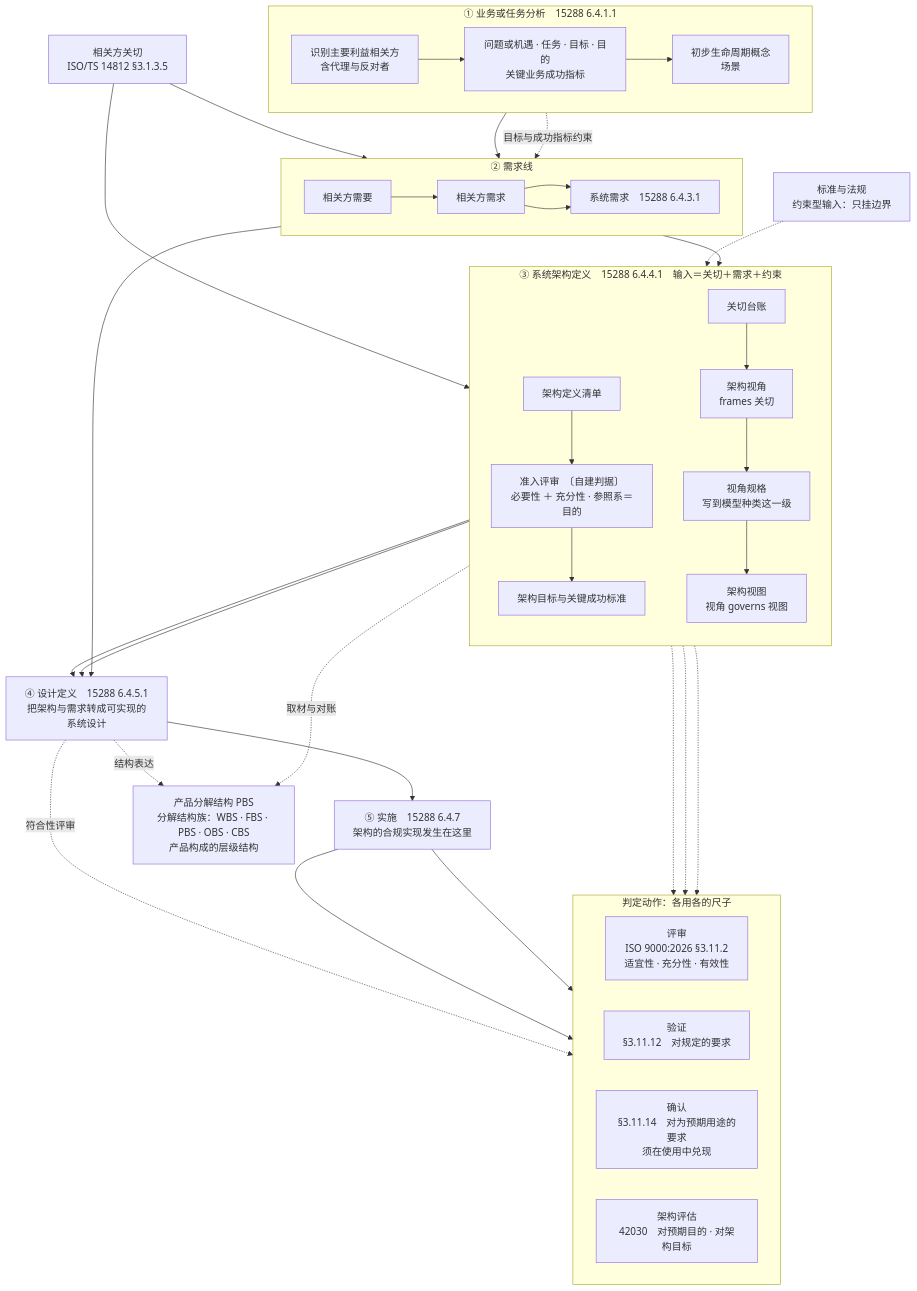
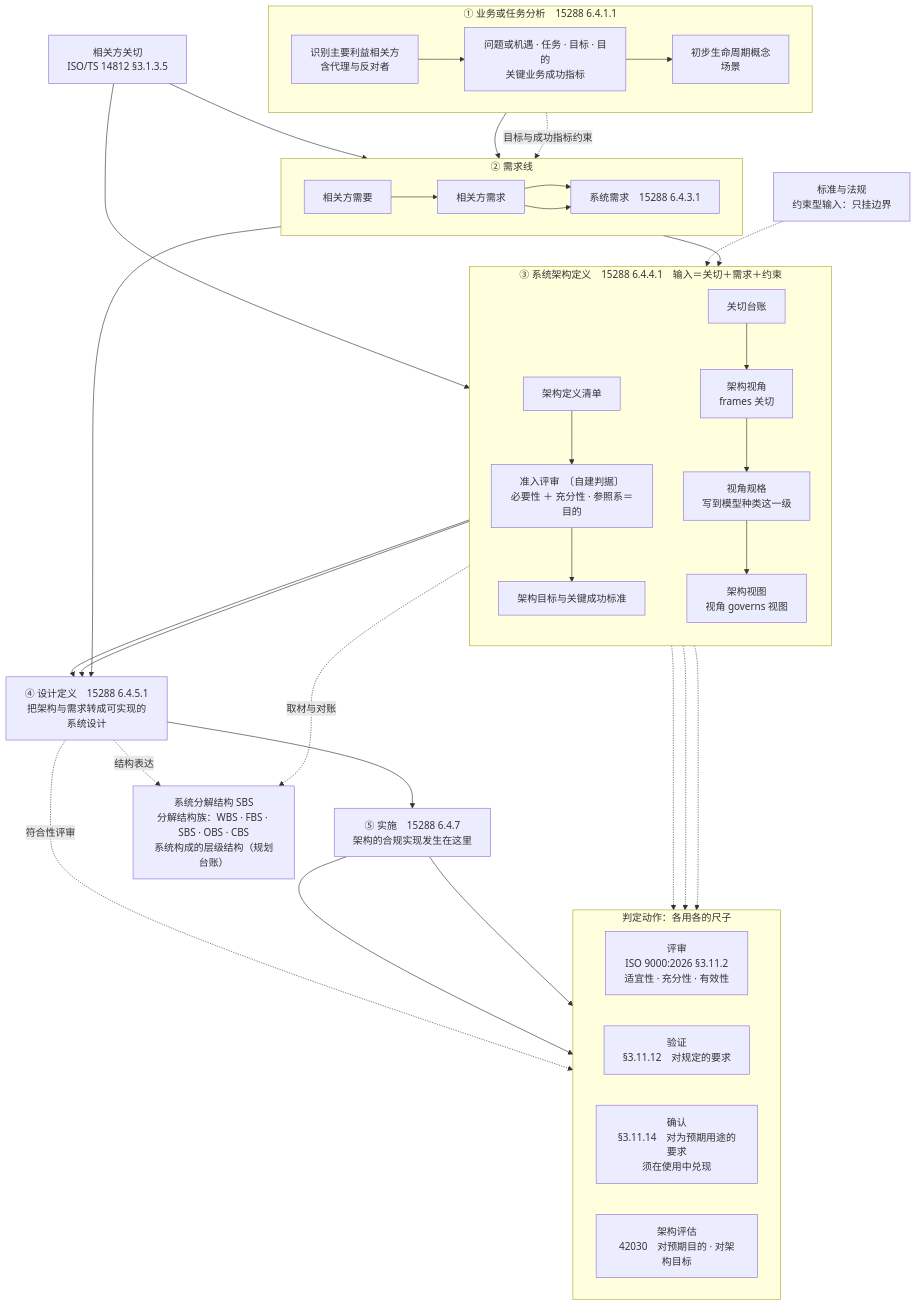
One commit to Yongjunzhou/AOS-system-design changed the first of 2 diagrams in 100-subprojects/01-系统工程研究/00-系统工程相关研究报告/34-架构与设计过程模型研究报告-从术语定义到双线过程.md. Above: the diagram before and after it, drawn with Mermaid. The commit also changed other lines of this file and 7 other files, not shown here.

First line of the commit message:
教材侧·ch14 落库批·台账侧（二）：目录 31 节／主线支撑／三条线索／案例设定／19-附录 A·C·E／报告库 32·34 PBS→SBS

````diff
--- a/100-subprojects/01-系统工程研究/00-系统工程相关研究报告/34-架构与设计过程模型研究报告-从术语定义到双线过程.md
+++ b/100-subprojects/01-系统工程研究/00-系统工程相关研究报告/34-架构与设计过程模型研究报告-从术语定义到双线过程.md
@@ -401,67 +410,67 @@
 ```mermaid
 flowchart TD
   EXT["标准与法规<br/>约束型输入：只挂边界"]
   CON["相关方关切<br/>ISO/TS 14812 §3.1.3.5"]
 
   subgraph BMA["① 业务或任务分析　15288 6.4.1.1"]
     direction LR
     B1["识别主要利益相关方<br/>含代理与反对者"]
     B2["问题或机遇 · 任务 · 目标 · 目的<br/>关键业务成功指标"]
     B3["初步生命周期概念<br/>场景"]
     B1 --> B2 --> B3
   end
 
   subgraph REQ["② 需求线"]
     direction LR
     Q1["相关方需要"]
     Q2["相关方需求"]
     Q3["系统需求　15288 6.4.3.1"]
     Q1 --> Q2 --> Q3
   end
 
   subgraph ARC["③ 系统架构定义　15288 6.4.4.1　输入＝关切＋需求＋约束"]
     direction TB
     C1["架构定义清单"]
     C2["准入评审　〔自建判据〕<br/>必要性 ＋ 充分性 · 参照系＝目的"]
     C3["关切台账"]
     C4["架构视角<br/>frames 关切"]
     C5["视角规格<br/>写到模型种类这一级"]
     C6["架构视图<br/>视角 governs 视图"]
     C7["架构目标与关键成功标准"]
     C1 --> C2 --> C7
     C3 --> C4 --> C5 --> C6
   end
 
   DES["④ 设计定义　15288 6.4.5.1<br/>把架构与需求转成可实现的系统设计"]
   IMP["⑤ 实施　15288 6.4.7<br/>架构的合规实现发生在这里"]
-  PBS["产品分解结构 PBS<br/>分解结构族：WBS · FBS · PBS · OBS · CBS<br/>产品构成的层级结构"]
+  PBS["系统分解结构 SBS<br/>分解结构族：WBS · FBS · SBS · OBS · CBS<br/>系统构成的层级结构（规划台账）"]
 
   B3 --> Q1
   B2 -. 目标与成功指标约束 .-> Q2
   CON --> Q2
   CON --> C3
   Q2 --> Q3
   Q3 --> C1
   Q3 --> DES
   C1 --> DES
   C6 --> DES
   DES --> IMP
 
   subgraph JDG["判定动作：各用各的尺子"]
     direction LR
     J1["评审<br/>ISO 9000:2026 §3.11.2<br/>适宜性 · 充分性 · 有效性"]
     J2["验证<br/>§3.11.12　对规定的要求"]
     J3["确认<br/>§3.11.14　对为预期用途的要求<br/>须在使用中兑现"]
     J4["架构评估<br/>42030　对预期目的 · 对架构目标"]
   end
 
   C2 -.-> J1
   C6 -.-> J1
   DES -. 符合性评审 .-> J1
   ARC -.-> J4
   IMP --> J2
   IMP --> J3
   C6 -. 取材与对账 .-> PBS
   DES -. 结构表达 .-> PBS
   EXT -.-> ARC
 ```
````
